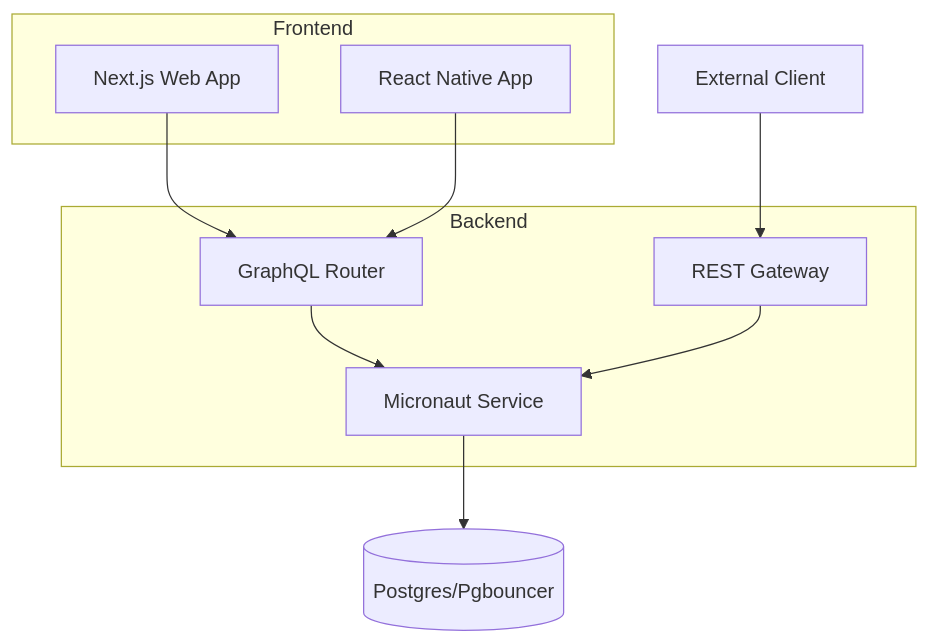
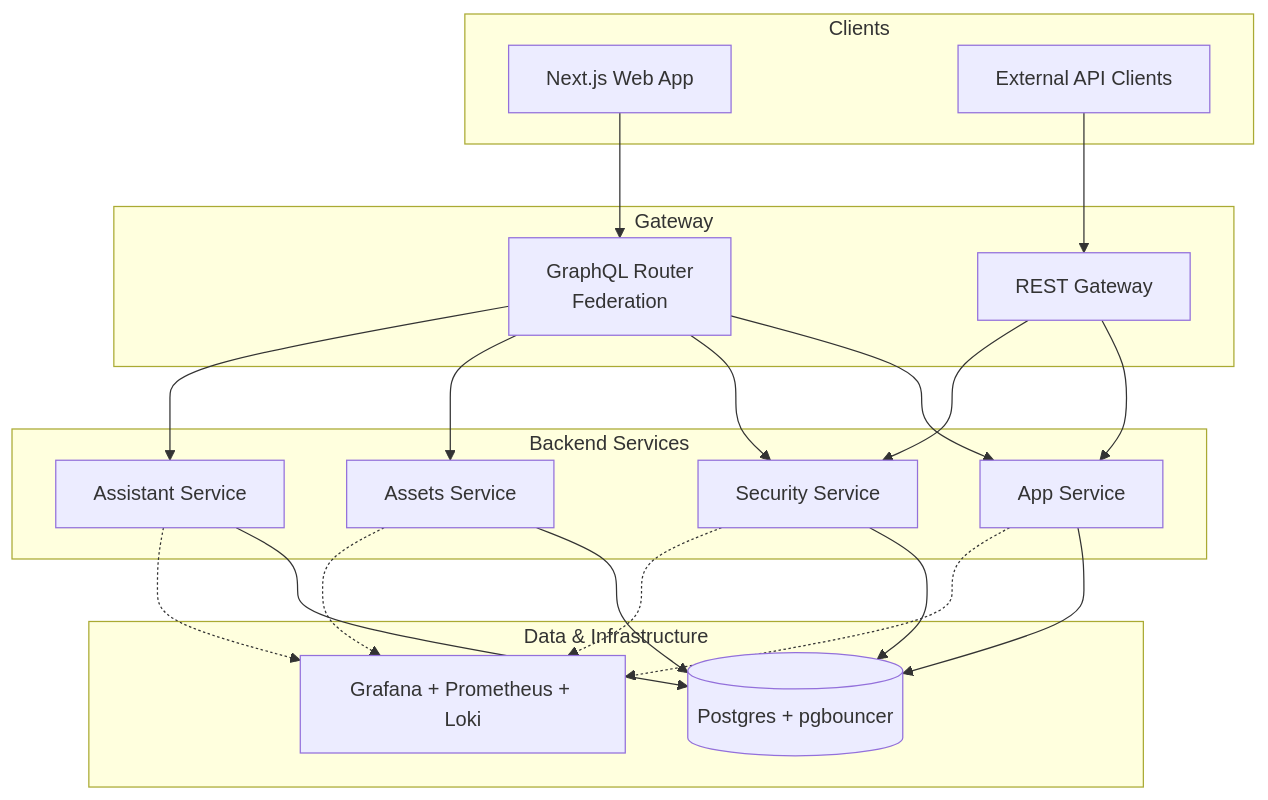
The diagram in README.md (salomax/Neotool), drawn with Mermaid before and after one commit. The commit also changed other lines of this file and 49 other files, not shown here.

````diff
--- a/README.md
+++ b/README.md
@@ -111,20 +267,45 @@
 ```mermaid
 graph TD
-    subgraph Frontend
+    subgraph Clients
         Web[Next.js Web App]
-        Mobile[React Native App]
+        ExtClient[External API Clients]
     end
 
-    subgraph Backend
-        ServiceKotlin[Micronaut Service]
-        GraphQLGateway[GraphQL Router]
-        RestGateway[REST Gateway]
+    subgraph Gateway
+        Router[GraphQL Router<br/>Federation]
+        RestGW[REST Gateway]
     end
 
-    ExternalClient[External Client] --> RestGateway
-    Web --> GraphQLGateway
-    Mobile --> GraphQLGateway
-    GraphQLGateway --> ServiceKotlin
-    RestGateway --> ServiceKotlin
-    ServiceKotlin --> DB[(Postgres/Pgbouncer)]
+    subgraph Backend Services
+        AppSvc[App Service]
+        SecuritySvc[Security Service]
+        AssetSvc[Assets Service]
+        AssistantSvc[Assistant Service]
+    end
+
+    subgraph Data & Infrastructure
+        DB[(Postgres + pgbouncer)]
+        Observability[Grafana + Prometheus + Loki]
+    end
+
+    Web --> Router
+    ExtClient --> RestGW
+
+    Router --> AppSvc
+    Router --> SecuritySvc
+    Router --> AssetSvc
+    Router --> AssistantSvc
+
+    RestGW --> AppSvc
+    RestGW --> SecuritySvc
+
+    AppSvc --> DB
+    SecuritySvc --> DB
+    AssetSvc --> DB
+    AssistantSvc --> DB
+
+    AppSvc -.-> Observability
+    SecuritySvc -.-> Observability
+    AssetSvc -.-> Observability
+    AssistantSvc -.-> Observability
 ```
````
